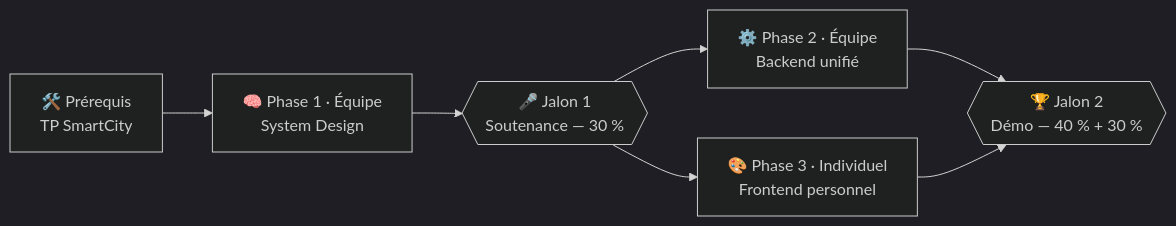
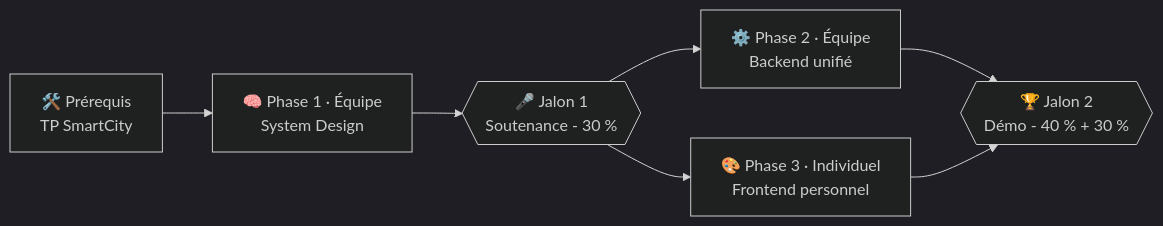
The diagram in docs/portfolio/index.md (nosql-esigelec/course), drawn with Mermaid (dark theme) before and after one commit. The commit also changed other lines of this file and 9 other files, not shown here.

````diff
--- a/docs/portfolio/index.md
+++ b/docs/portfolio/index.md
@@ -16,9 +16,9 @@
 ```mermaid
 flowchart LR
     P0["🛠️ Prérequis<br/>TP SmartCity"] --> P1["🧠 Phase 1 · Équipe<br/>System Design"]
-    P1 --> J1{{"🎤 Jalon 1<br/>Soutenance — 30 %"}}
+    P1 --> J1{{"🎤 Jalon 1<br/>Soutenance - 30 %"}}
     J1 --> P2["⚙️ Phase 2 · Équipe<br/>Backend unifié"]
     J1 --> P3["🎨 Phase 3 · Individuel<br/>Frontend personnel"]
-    P2 --> J2{{"🏆 Jalon 2<br/>Démo — 40 % + 30 %"}}
+    P2 --> J2{{"🏆 Jalon 2<br/>Démo - 40 % + 30 %"}}
     P3 --> J2
 ```
````
